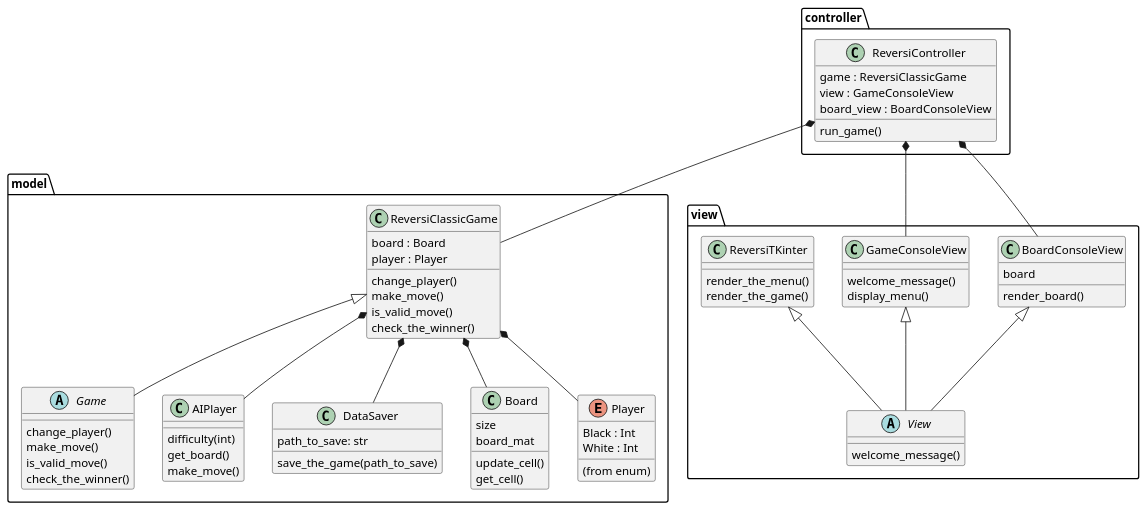
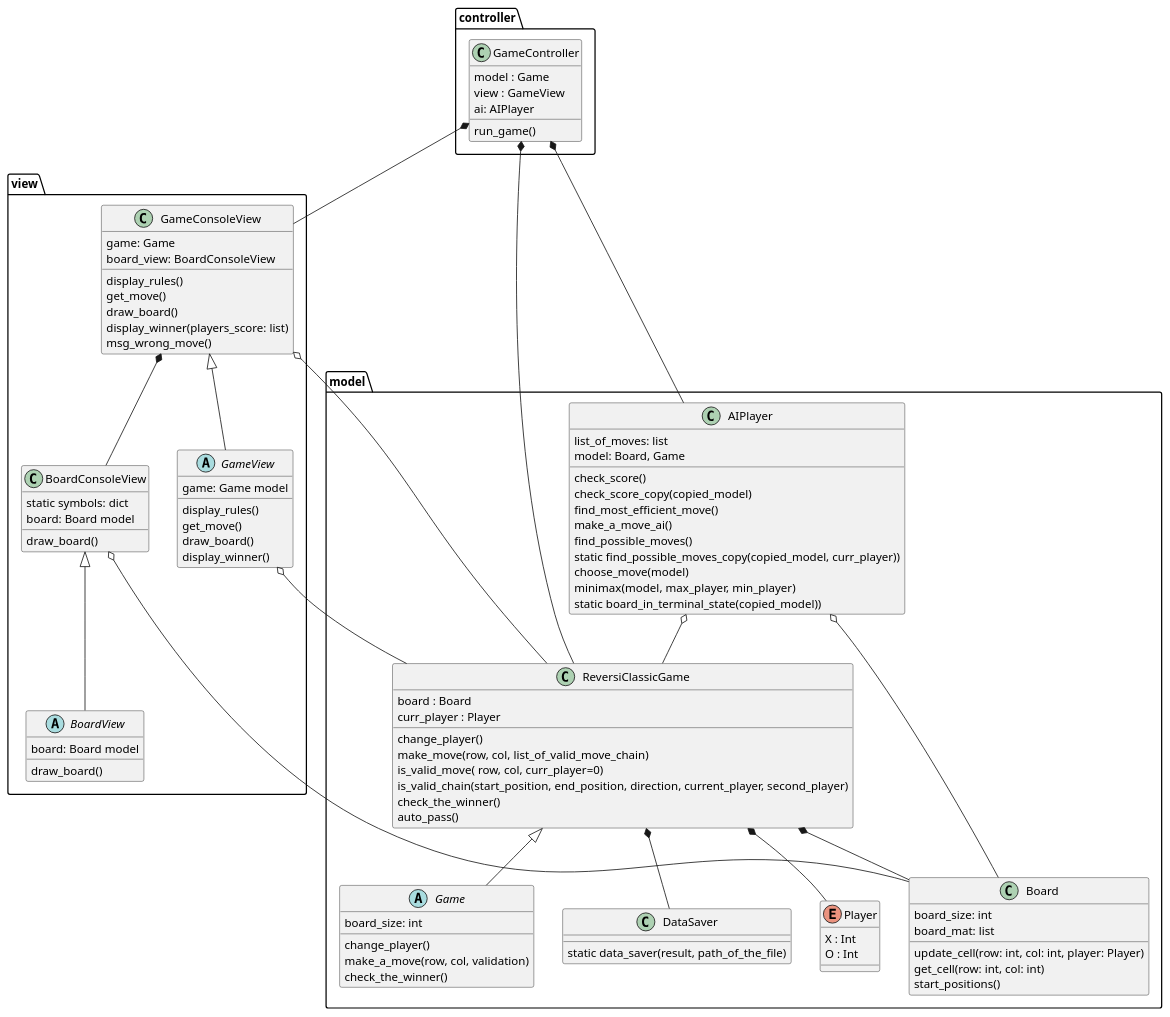
One commit to GoncharikAnton/reversi changed the diagram in project.puml. Above: the diagram before and after it, drawn with PlantUML.

Commit message:
Remade PUML of the reversi project.

```diff
--- a/project.puml
+++ b/project.puml
@@ -1,103 +1,124 @@
 @startuml Reversi
 
 package model {
 
     abstract class Game {
+    board_size: int
     change_player()
-    make_move()
-    is_valid_move()
+    make_a_move(row, col, validation)
     check_the_winner()
     }
 
 
     class ReversiClassicGame {
         board : Board
-        player : Player
+        curr_player : Player
         change_player()
-        make_move()
-        is_valid_move()
+        make_move(row, col, list_of_valid_move_chain)
+        is_valid_move( row, col, curr_player=0)
+        is_valid_chain(start_position, end_position, direction, current_player, second_player)
         check_the_winner()
+        auto_pass()
     }
 
     class AIPlayer {
-        difficulty(int)
-        get_board()
-        make_move()
+        list_of_moves: list
+        model: Board, Game
+        check_score()
+        check_score_copy(copied_model)
+        find_most_efficient_move()
+        make_a_move_ai()
+        find_possible_moves()
+        static find_possible_moves_copy(copied_model, curr_player))
+        choose_move(model)
+        minimax(model, max_player, min_player)
+        static board_in_terminal_state(copied_model))
     }
 
 
     class DataSaver {
-        path_to_save: str
-        save_the_game(path_to_save)
+        static data_saver(result, path_of_the_file)
     }
 
 
     class Board {
-        size
-        board_mat
-        update_cell()
-        get_cell()
+        board_size: int
+        board_mat: list
+        update_cell(row: int, col: int, player: Player)
+        get_cell(row: int, col: int)
+        start_positions()
     }
 
     enum Player {
-        (from enum)
-        Black : Int
-        White : Int
+        X : Int
+        O : Int
     }
 
 
 }
 
 package view {
-    abstract class View {
-    welcome_message()
+    abstract class GameView {
+    game: Game model
+    display_rules()
+    get_move()
+    draw_board()
+    display_winner()
+    }
+
+    abstract class BoardView {
+    board: Board model
+    draw_board()
     }
 
     class BoardConsoleView {
-        board
-        render_board()
+    static symbols: dict
+        board: Board model
+        draw_board()
     }
 
-
     class GameConsoleView {
-        welcome_message()
-        display_menu()
+        game: Game
+        board_view: BoardConsoleView
+        display_rules()
+        get_move()
+        draw_board()
+        display_winner(players_score: list)
+        msg_wrong_move()
     }
-
-    class ReversiTKinter {
-        render_the_menu()
-        render_the_game()
-    }
-
 
 }
 
 
 package controller {
-    class ReversiController {
-        game : ReversiClassicGame
-        view : GameConsoleView
-        board_view : BoardConsoleView
+    class GameController {
+        model : Game
+        view : GameView
+        ai: AIPlayer
         run_game()
     }
 }
 
 
 
 ReversiClassicGame <|-- Game
+GameView o-- ReversiClassicGame
+GameConsoleView o-- ReversiClassicGame
 ReversiClassicGame *-- Board
 ReversiClassicGame *-- Player
 
 ReversiClassicGame *-- DataSaver
 
-ReversiClassicGame *-- AIPlayer
+AIPlayer o-- ReversiClassicGame
+AIPlayer o-- Board
 
-GameConsoleView <|-- View
-ReversiTKinter <|-- View
-BoardConsoleView <|-- View
+GameConsoleView <|-- GameView
+BoardConsoleView <|-- BoardView
+BoardConsoleView o-- Board
 
-ReversiController *-- GameConsoleView
-ReversiController *-- BoardConsoleView
-ReversiController *-- ReversiClassicGame
+GameController *-- GameConsoleView
+GameController *-- AIPlayer
+GameConsoleView *-- BoardConsoleView
+GameController *-- ReversiClassicGame
 
 @enduml
```
